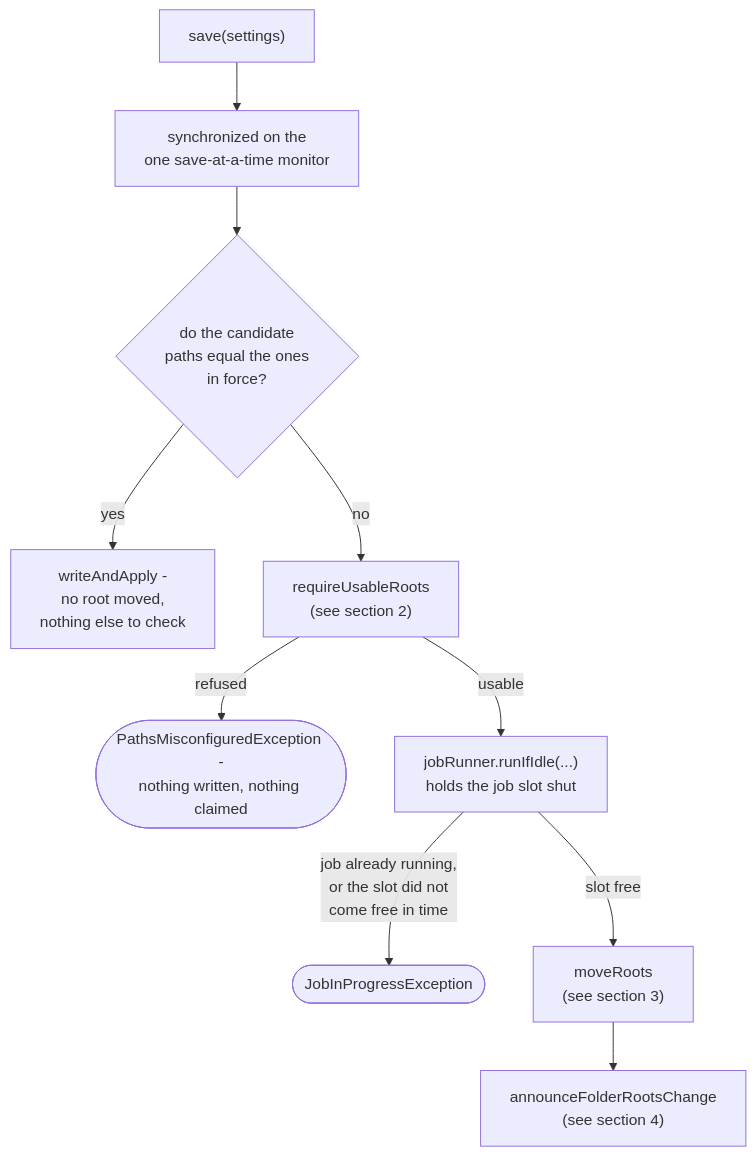
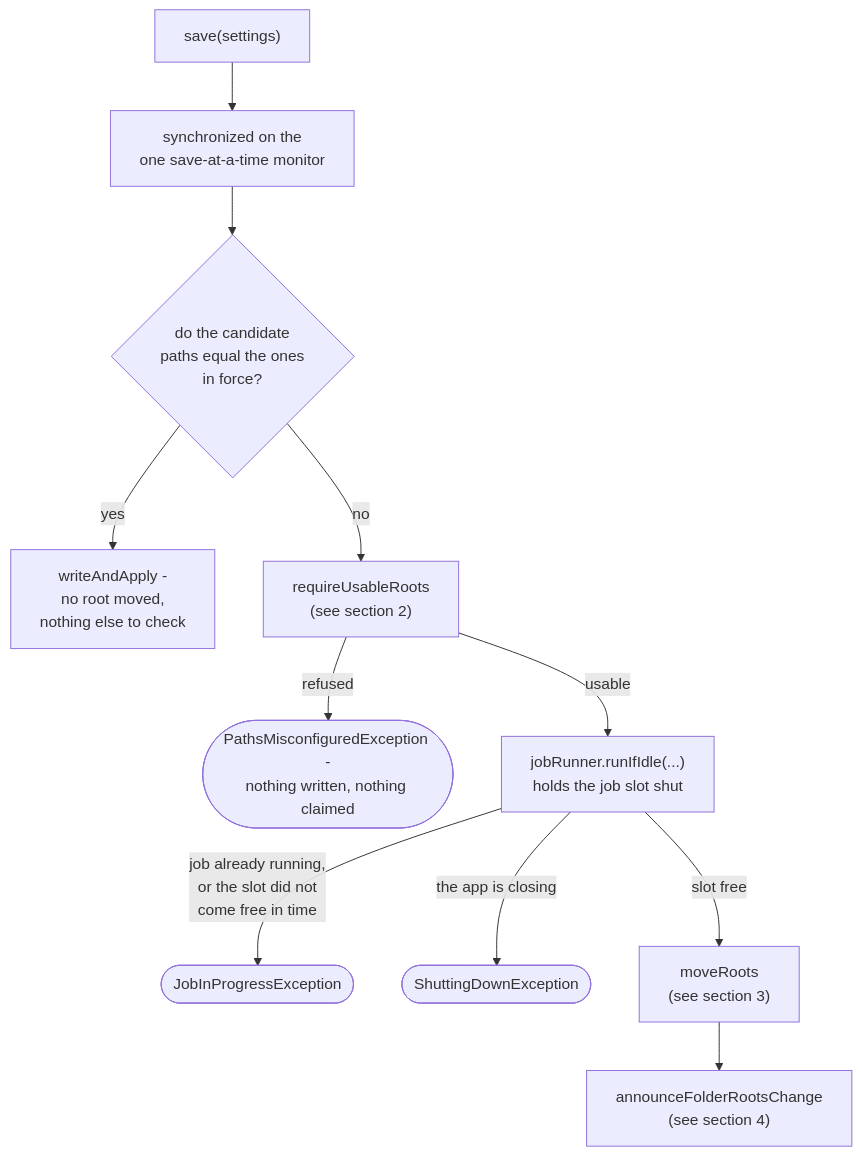
Before and after one commit to AdrianNachev91/sluice: the first of 3 diagrams in app/docs/design/application/service/settings-service.md, drawn with Mermaid. The commit also changed other lines of this file and 29 other files, not shown here.

````diff
--- a/app/docs/design/application/service/settings-service.md
+++ b/app/docs/design/application/service/settings-service.md
@@ -11,12 +11,13 @@
 ```mermaid
 flowchart TD
     A["save(settings)"] --> B["synchronized on the<br/>one save-at-a-time monitor"]
     B --> C{"do the candidate<br/>paths equal the ones<br/>in force?"}
     C -- yes --> D["writeAndApply -<br/>no root moved,<br/>nothing else to check"]
     C -- no --> E["requireUsableRoots<br/>(see section 2)"]
     E -- refused --> Z1(["PathsMisconfiguredException -<br/>nothing written, nothing claimed"])
     E -- usable --> F["jobRunner.runIfIdle(...)<br/>holds the job slot shut"]
     F -- " job already running,<br/>or the slot did not<br/>come free in time " --> Z2(["JobInProgressException"])
+    F -- " the app is closing " --> Z3(["ShuttingDownException"])
     F -- " slot free " --> G["moveRoots<br/>(see section 3)"]
     G --> H["announceFolderRootsChange<br/>(see section 4)"]
 ```
````
